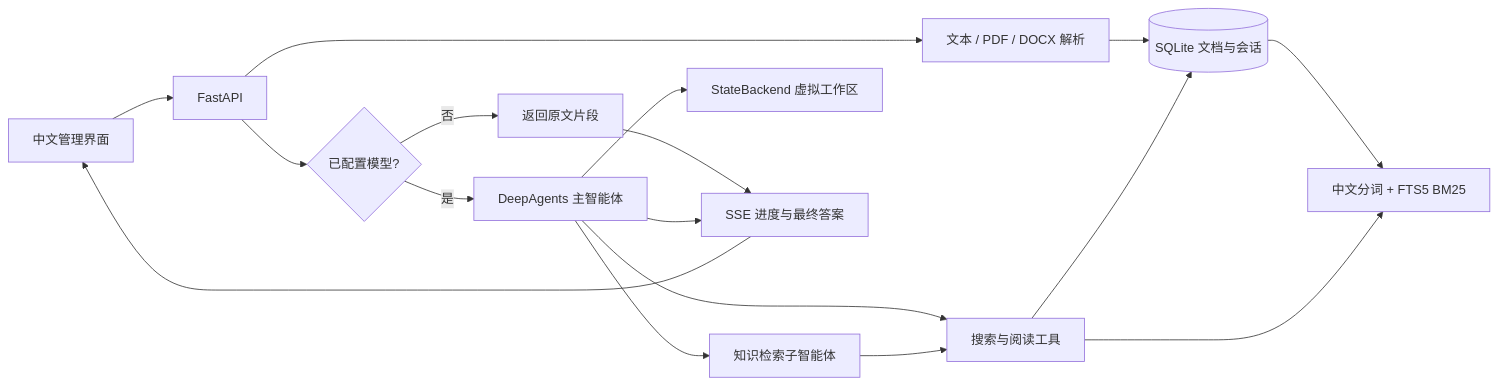
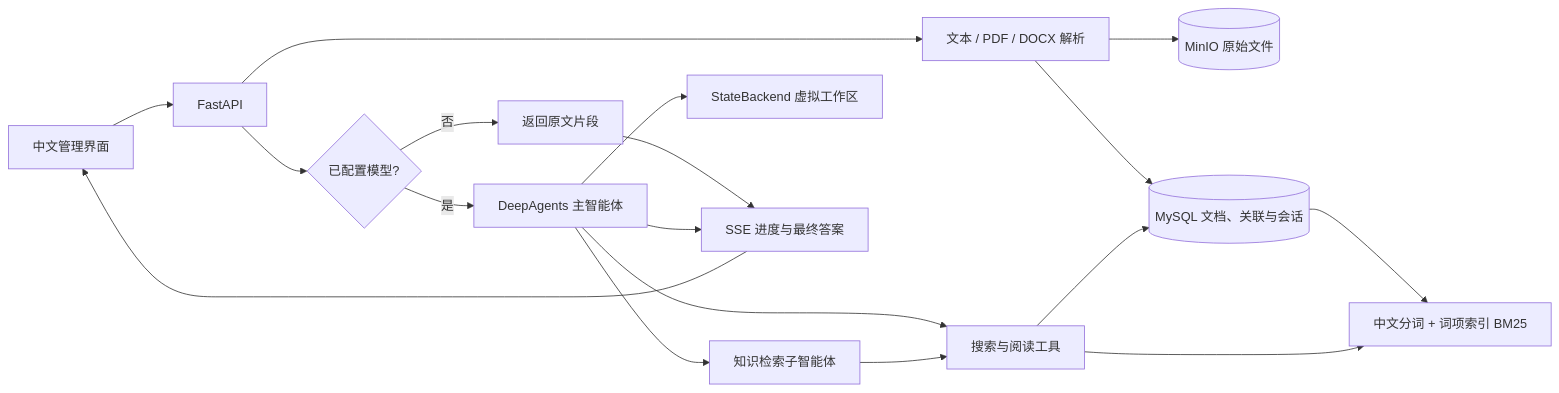
The diagram in docs/architecture.md (dongxueshi/kbagent), drawn with Mermaid before and after one commit. The commit also changed other lines of this file and 26 other files, not shown here.

Commit message:
Use MySQL and MinIO storage configured through env

````diff
--- a/docs/architecture.md
+++ b/docs/architecture.md
@@ -3,19 +3,20 @@
 ```mermaid
 flowchart LR
     Browser[中文管理界面] --> API[FastAPI]
     API --> Import[文本 / PDF / DOCX 解析]
-    Import --> DB[(SQLite 文档与会话)]
-    DB --> Index[中文分词 + FTS5 BM25]
+    Import --> Objects[(MinIO 原始文件)]
+    Import --> DB[(MySQL 文档、关联与会话)]
+    DB --> Index[中文分词 + 词项索引 BM25]
     API --> Mode{已配置模型?}
     Mode -->|否| Retrieval[返回原文片段]
     Mode -->|是| Deep[DeepAgents 主智能体]
     Deep --> Research[知识检索子智能体]
     Deep --> Tools[搜索与阅读工具]
     Research --> Tools
     Tools --> Index
     Tools --> DB
     Deep --> Scratch[StateBackend 虚拟工作区]
     Retrieval --> SSE[SSE 进度与最终答案]
     Deep --> SSE
     SSE --> Browser
 ```
````
